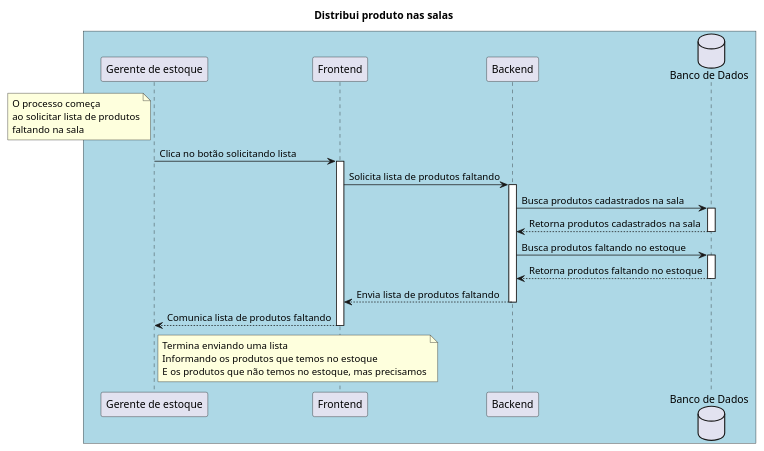
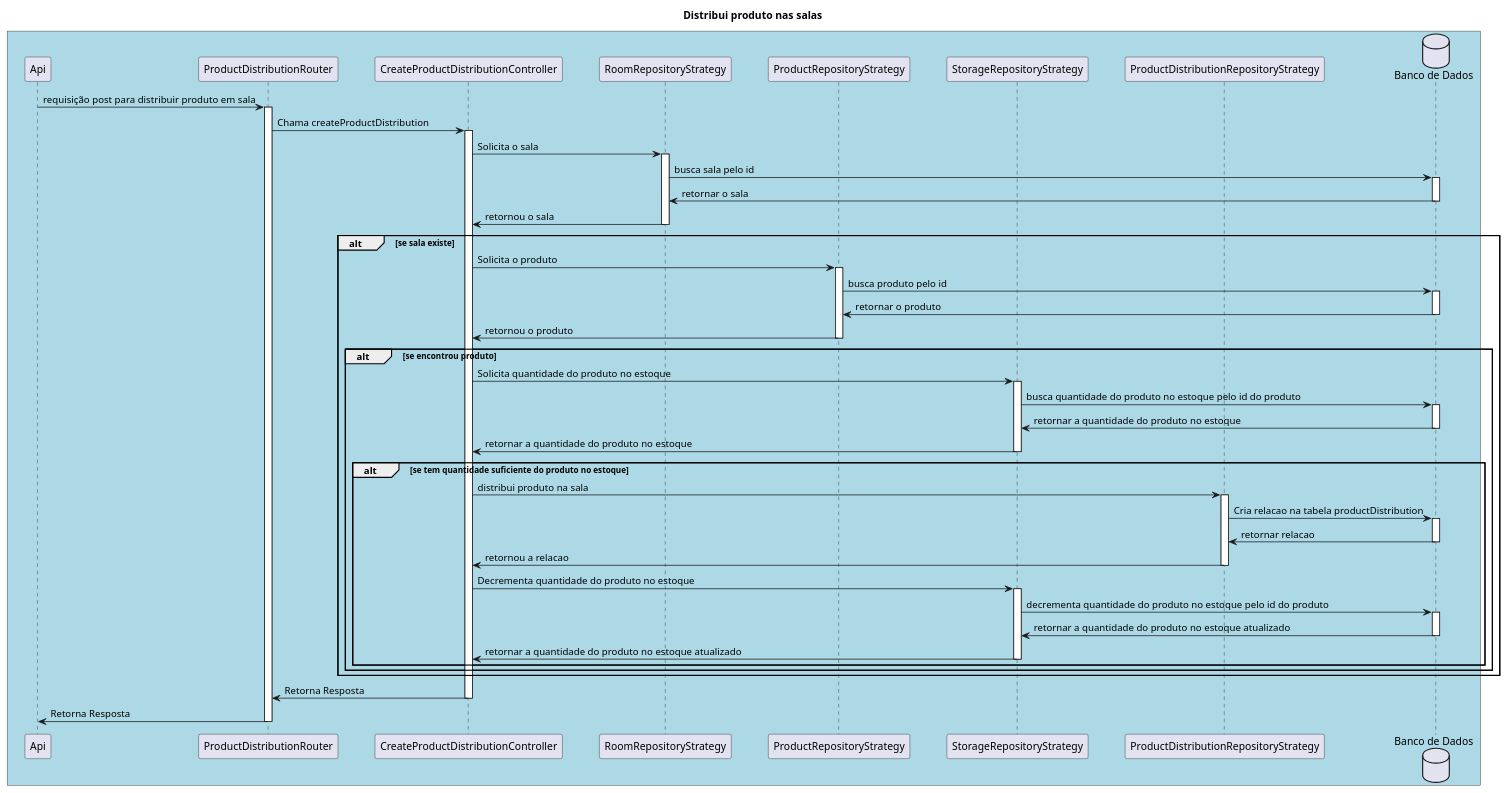
Before and after one commit to vaniacourses/projeto-software-robson-caetano: the diagram in docs/sequencia/distribui-produtos-sala.puml, drawn with PlantUML. The commit also changed 1 other file, not shown here.

Commit message:
Finalize sequence diagram

```diff
--- a/docs/sequencia/distribui-produtos-sala.puml
+++ b/docs/sequencia/distribui-produtos-sala.puml
@@ -1,42 +1,78 @@
 @startuml
 skinparam participantPadding 20
 skinparam boxPadding 10
 
 title "Distribui produto nas salas" 
 
 box #LightBlue
-participant "Gerente de estoque" as GE
-participant "Frontend" as F
-participant "Backend" as B
+participant "Api" as A
+participant "ProductDistributionRouter" as R
+participant "CreateProductDistributionController" as C
+participant "RoomRepositoryStrategy" as RRP
+participant "ProductRepositoryStrategy" as PRP
+participant "StorageRepositoryStrategy" as SRP
+participant "ProductDistributionRepositoryStrategy" as PDRP
 database "Banco de Dados" as DB
 
-note left of GE
-  O processo começa
-  ao solicitar lista de produtos
-  faltando na sala
-end note
+A -> R: requisição post para distribuir produto em sala
+activate R
+R -> C: Chama createProductDistribution
+activate C
 
-GE -> F: Clica no botão solicitando lista
-activate F
-F -> B: Solicita lista de produtos faltando
-activate B
-B -> DB: Busca produtos cadastrados na sala
+C -> RRP: Solicita o sala
+activate RRP
+RRP -> DB: busca sala pelo id
 activate DB
-DB --> B: Retorna produtos cadastrados na sala
+DB -> RRP: retornar o sala
 deactivate DB
-B -> DB: Busca produtos faltando no estoque
-activate DB
-DB --> B: Retorna produtos faltando no estoque
-deactivate DB
-B --> F: Envia lista de produtos faltando
-deactivate B
-F --> GE: Comunica lista de produtos faltando
-deactivate F
+RRP -> C: retornou o sala
+deactivate RRP
 
-note right of GE
-  Termina enviando uma lista
-  Informando os produtos que temos no estoque
-  E os produtos que não temos no estoque, mas precisamos
-end note
+alt se sala existe
+    C -> PRP: Solicita o produto
+    activate PRP
+    PRP -> DB: busca produto pelo id
+    activate DB
+    DB -> PRP: retornar o produto
+    deactivate DB
+    PRP -> C: retornou o produto
+    deactivate PRP
+
+    alt se encontrou produto
+        C -> SRP: Solicita quantidade do produto no estoque
+        activate SRP
+        SRP -> DB: busca quantidade do produto no estoque pelo id do produto
+        activate DB
+        DB -> SRP: retornar a quantidade do produto no estoque
+        deactivate DB
+        SRP -> C: retornar a quantidade do produto no estoque
+        deactivate SRP
+
+        alt se tem quantidade suficiente do produto no estoque
+          C -> PDRP: distribui produto na sala
+          activate PDRP
+          PDRP -> DB: Cria relacao na tabela productDistribution
+          activate DB
+          DB -> PDRP: retornar relacao
+          deactivate DB
+          PDRP -> C: retornou a relacao
+          deactivate PDRP
+
+          C -> SRP: Decrementa quantidade do produto no estoque
+          activate SRP
+          SRP -> DB: decrementa quantidade do produto no estoque pelo id do produto
+          activate DB
+          DB -> SRP: retornar a quantidade do produto no estoque atualizado
+          deactivate DB
+          SRP -> C: retornar a quantidade do produto no estoque atualizado
+          deactivate SRP
+      end
+    end
+end
+
+C -> R: Retorna Resposta
+deactivate C
+R -> A: Retorna Resposta
+deactivate R
 
 @enduml
```
